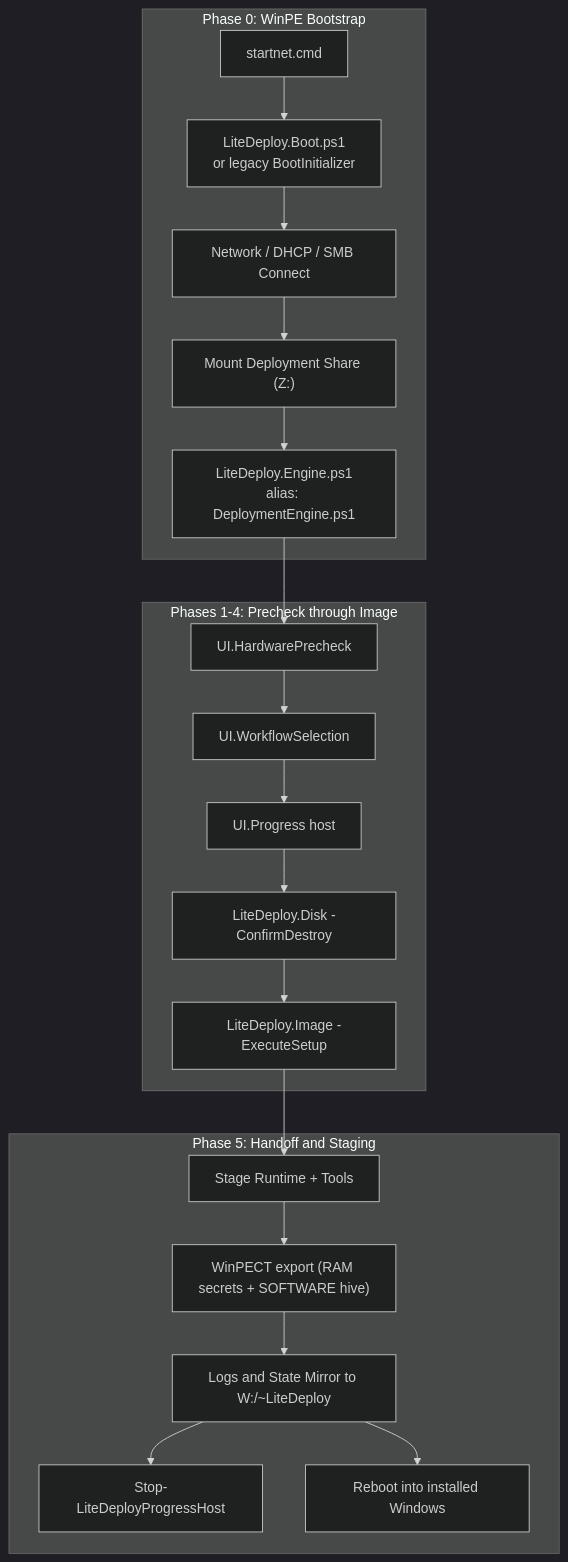
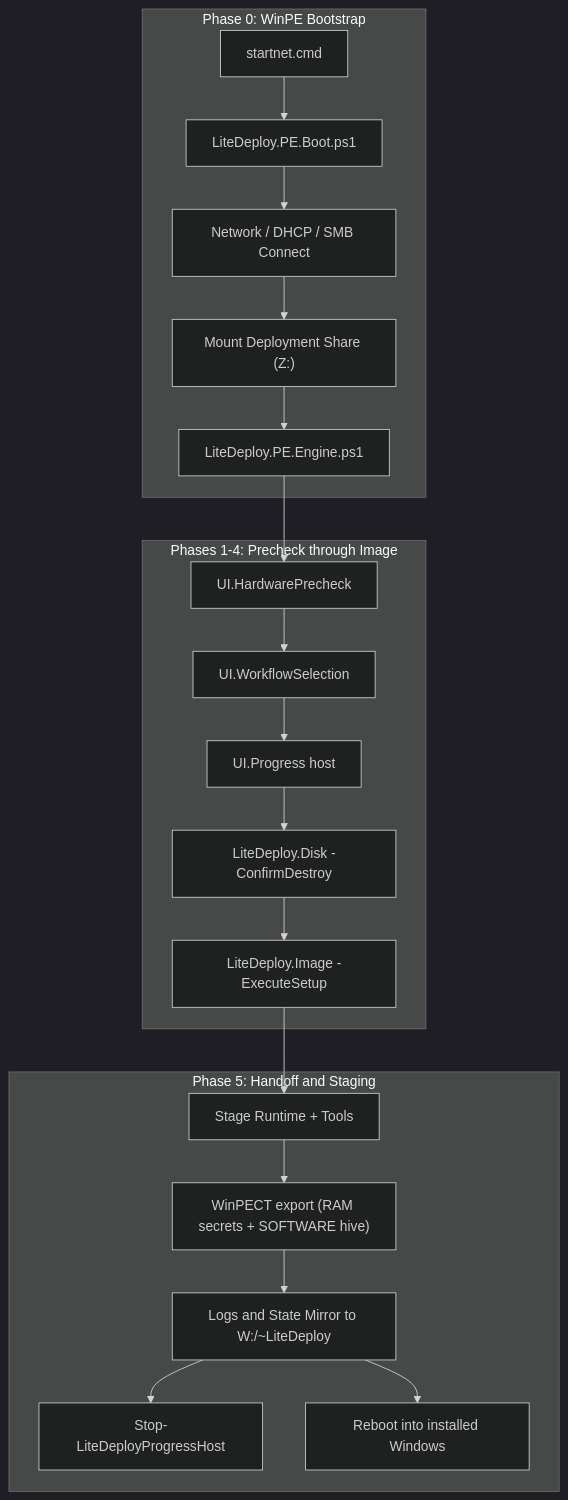
Before and after one commit to cmartineztech/LiteDeploy.Core: the third of 6 diagrams in _Docs/architecture/LITEDEPLOY_DEPLOYMENT_DIAGRAM.md, drawn with Mermaid (dark theme). The commit also changed other lines of this file and 602 other files, not shown here.

Commit message:
refactor(core): finalize v2 architecture restructuring and align all documentation references

````diff
--- a/_Docs/architecture/LITEDEPLOY_DEPLOYMENT_DIAGRAM.md
+++ b/_Docs/architecture/LITEDEPLOY_DEPLOYMENT_DIAGRAM.md
@@ -128,25 +128,25 @@
 ```mermaid
 flowchart TD
     subgraph BootPhase["Phase 0: WinPE Bootstrap"]
-        StartNet["startnet.cmd"] --> BootInit["LiteDeploy.Boot.ps1<br/>or legacy BootInitializer"]
+        StartNet["startnet.cmd"] --> BootInit["LiteDeploy.PE.Boot.ps1"]
         BootInit --> NetConn["Network / DHCP / SMB Connect"]
         NetConn --> MountShare["Mount Deployment Share (Z:)"]
-        MountShare --> HandEngine["LiteDeploy.Engine.ps1<br/>alias: DeploymentEngine.ps1"]
+        MountShare --> HandEngine["LiteDeploy.PE.Engine.ps1"]
     end
 
     subgraph EnginePhase["Phases 1-4: Precheck through Image"]
         HandEngine --> Precheck["UI.HardwarePrecheck"]
         Precheck --> Selection["UI.WorkflowSelection"]
         Selection --> Progress["UI.Progress host"]
         Progress --> Disk["LiteDeploy.Disk -ConfirmDestroy"]
         Disk --> Image["LiteDeploy.Image -ExecuteSetup"]
     end
 
     subgraph HandoffPhase["Phase 5: Handoff and Staging"]
         Image --> StagePayload["Stage Runtime + Tools"]
         StagePayload --> WinPECT["WinPECT export (RAM secrets + SOFTWARE hive)"]
         WinPECT --> HandoffLogs["Logs and State Mirror to W:/~LiteDeploy"]
         HandoffLogs --> StopProgress["Stop-LiteDeployProgressHost"]
         HandoffLogs --> RebootTarget["Reboot into installed Windows"]
     end
 ```
````
